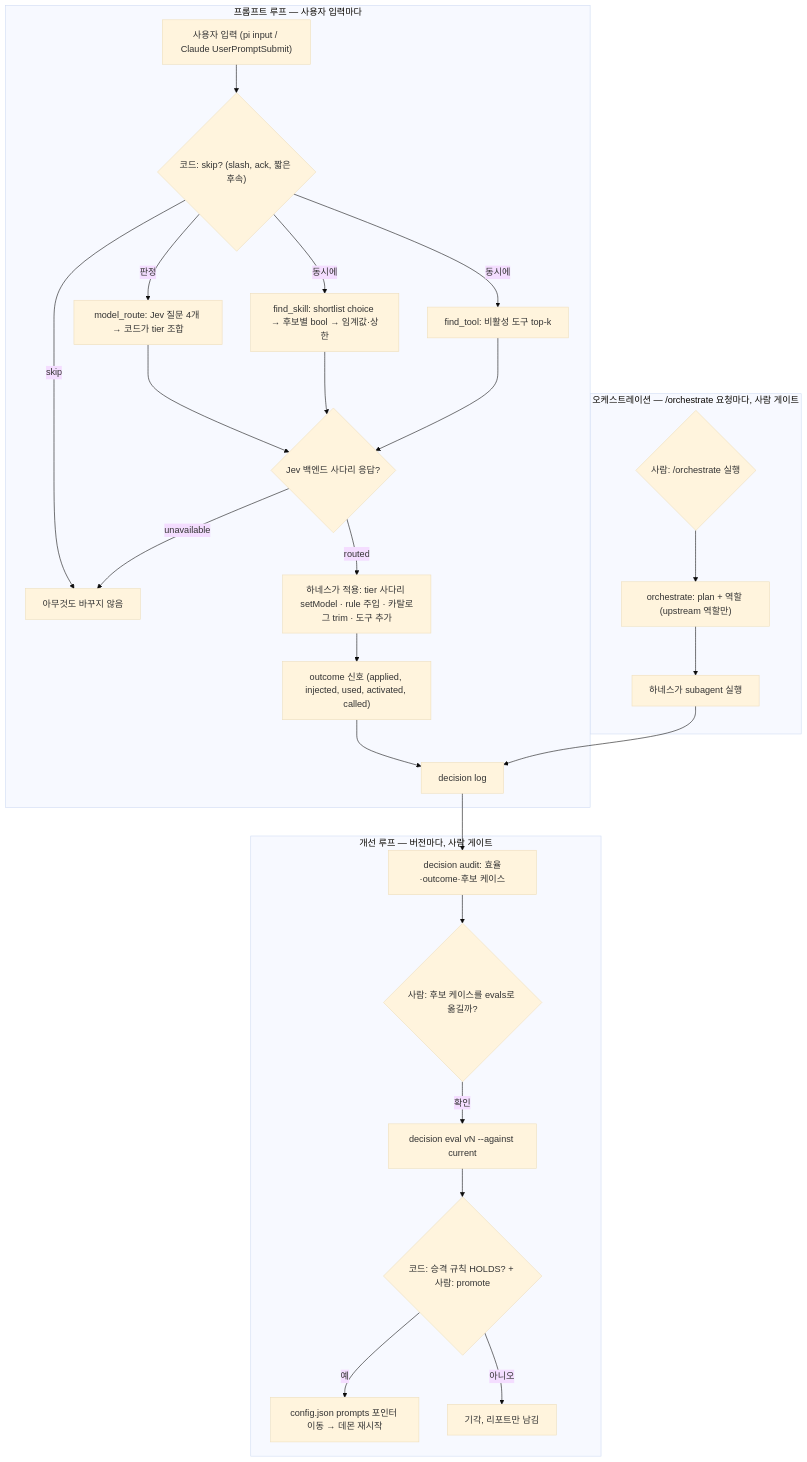
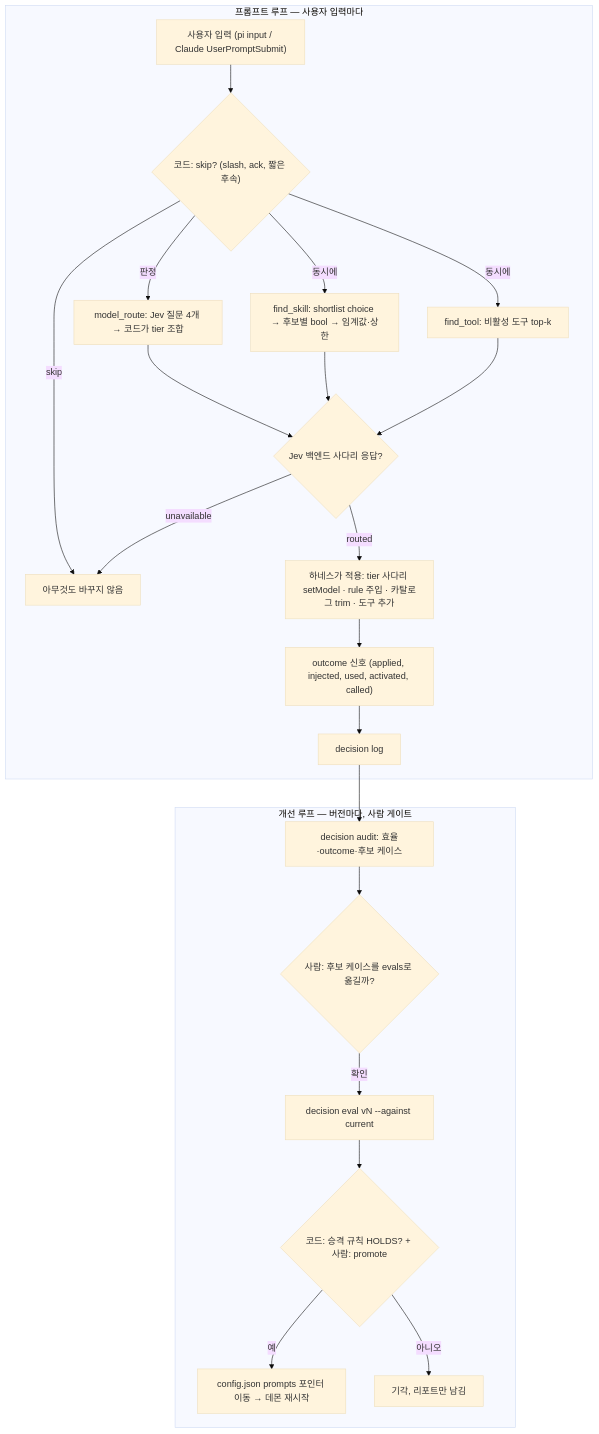
Before and after one commit to EasyDevv/linux-scripts: the diagram in dev/decision/.product/LOOP.md, drawn with Mermaid (base theme). The commit also changed other lines of this file and 41 other files, not shown here.

````diff
--- a/dev/decision/.product/LOOP.md
+++ b/dev/decision/.product/LOOP.md
@@ -41,30 +41,25 @@
 ```mermaid
 flowchart TD
     subgraph turn["프롬프트 루프 — 사용자 입력마다"]
         A["사용자 입력 (pi input / Claude UserPromptSubmit)"] --> S{"코드: skip? (slash, ack, 짧은 후속)"}
         S -- "skip" --> Z["아무것도 바꾸지 않음"]
         S -- "판정" --> R["model_route: Jev 질문 4개 → 코드가 tier 조합"]
         S -- "동시에" --> K["find_skill: shortlist choice → 후보별 bool → 임계값·상한"]
         S -- "동시에" --> T["find_tool: 비활성 도구 top-k"]
         R --> B{"Jev 백엔드 사다리 응답?"}
         K --> B
         T --> B
         B -- "unavailable" --> Z
         B -- "routed" --> H["하네스가 적용: tier 사다리 setModel · rule 주입 · 카탈로그 trim · 도구 추가"]
         H --> O["outcome 신호 (applied, injected, used, activated, called)"]
         O --> L["decision log"]
     end
-    subgraph orch["오케스트레이션 — /orchestrate 요청마다, 사람 게이트"]
-        P{"사람: /orchestrate 실행"} --> Q["orchestrate: plan + 역할 (upstream 역할만)"]
-        Q --> W["하네스가 subagent 실행"]
-        W --> L
-    end
     subgraph improve["개선 루프 — 버전마다, 사람 게이트"]
         L --> AU["decision audit: 효율·outcome·후보 케이스"]
         AU --> G1{"사람: 후보 케이스를 evals로 옮길까?"}
         G1 -- "확인" --> EV["decision eval vN --against current"]
         EV --> G2{"코드: 승격 규칙 HOLDS? + 사람: promote"}
         G2 -- "예" --> PR["config.json prompts 포인터 이동 → 데몬 재시작"]
         G2 -- "아니오" --> X["기각, 리포트만 남김"]
     end
 ```
````
